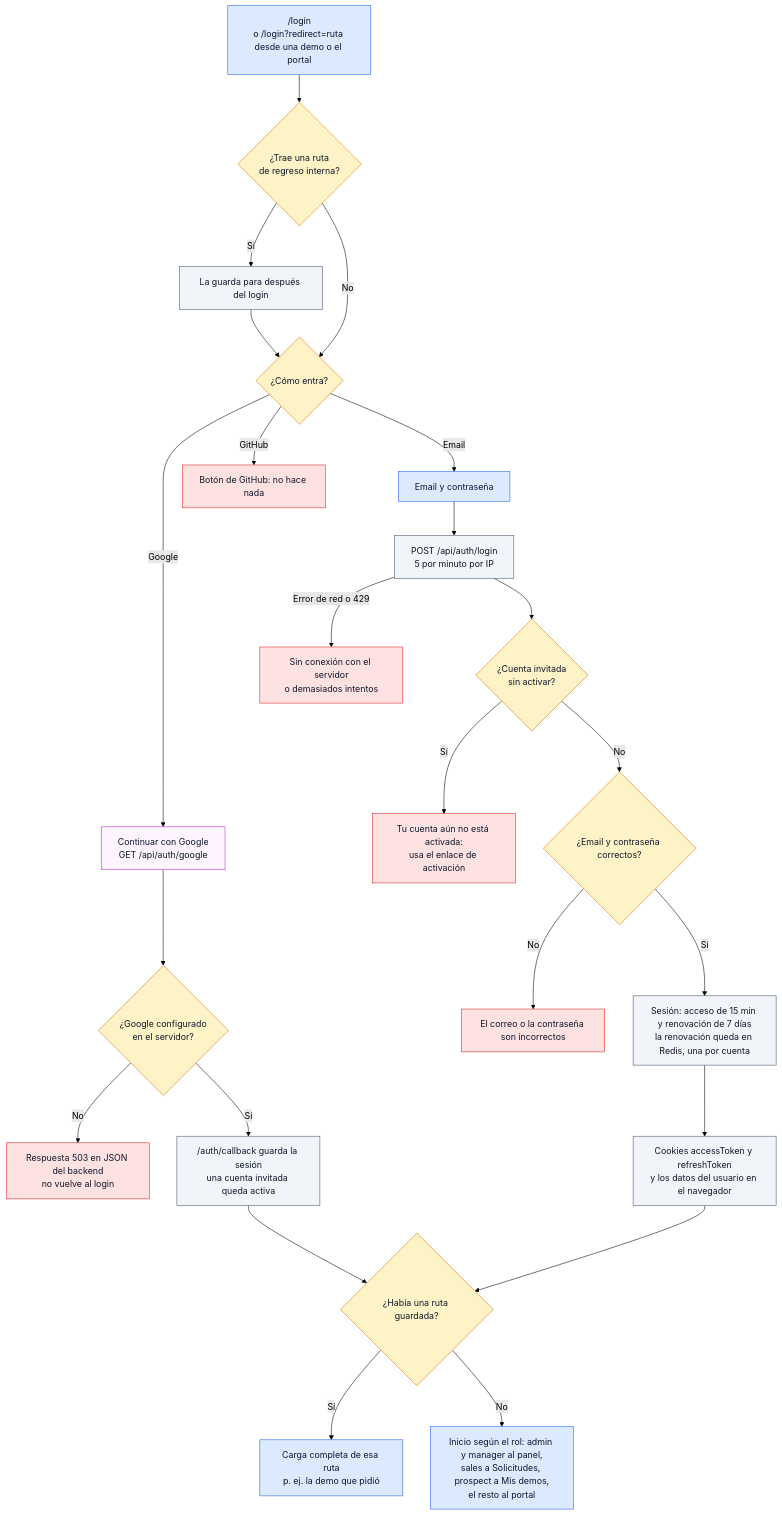
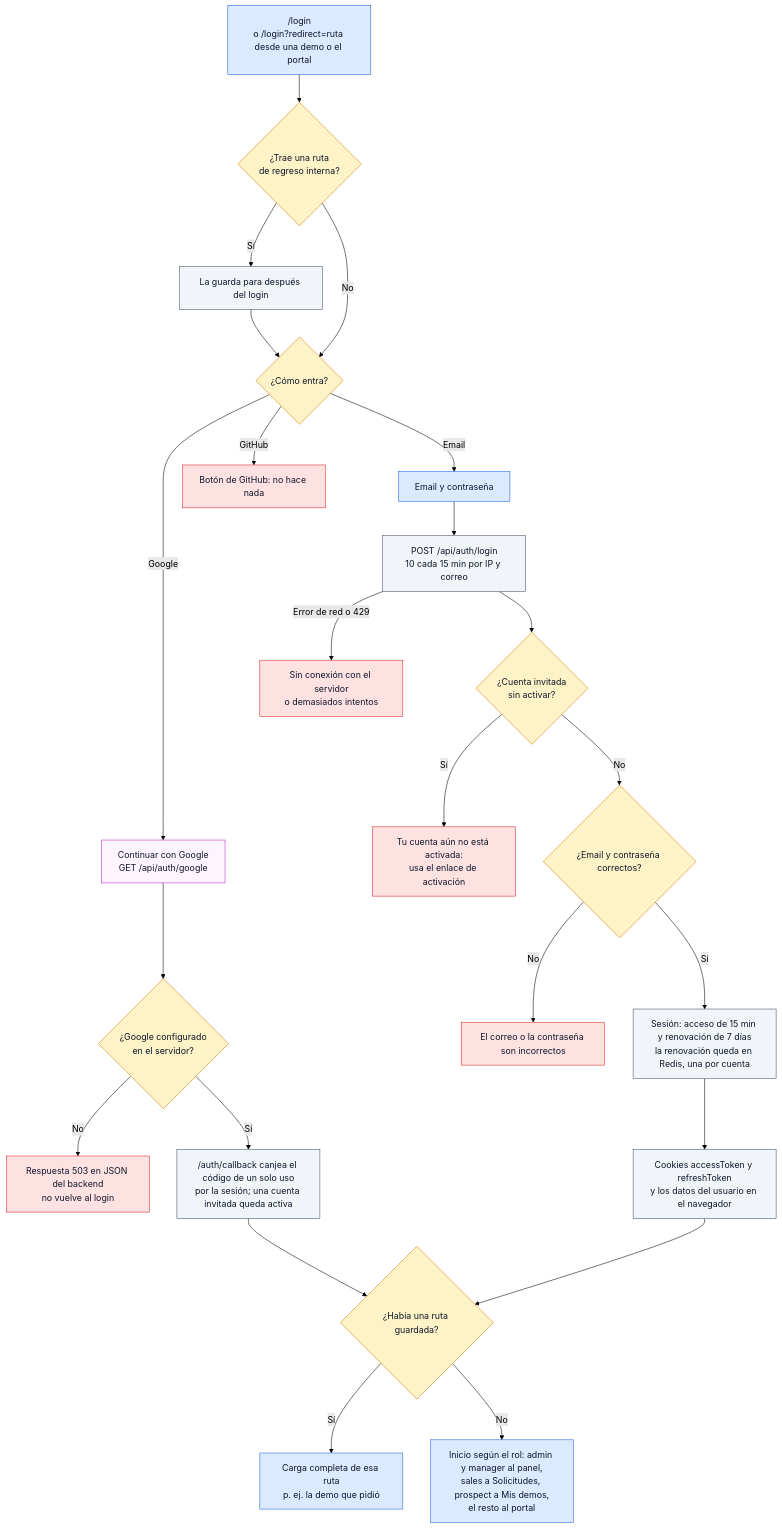
One commit to ronalc90/koptup changed the seventh of 18 diagrams in docs/wiki/Doc-14-1-Flujos-de-Negocio.md. Above: the diagram before and after it, drawn with Mermaid (forest theme). The commit also changed other lines of this file and 116 other files, not shown here.

````diff
--- a/docs/wiki/Doc-14-1-Flujos-de-Negocio.md
+++ b/docs/wiki/Doc-14-1-Flujos-de-Negocio.md
@@ -410,49 +410,49 @@
 ```mermaid
 flowchart TD
     classDef visitante fill:#dbeafe,stroke:#2563eb,color:#0f172a
     classDef sistema fill:#f1f5f9,stroke:#475569,color:#0f172a
     classDef admin fill:#f3e8ff,stroke:#9333ea,color:#0f172a
     classDef aviso fill:#dcfce7,stroke:#16a34a,color:#0f172a
     classDef decision fill:#fef3c7,stroke:#d97706,color:#0f172a
     classDef error fill:#fee2e2,stroke:#dc2626,color:#0f172a
     classDef externo fill:#fdf4ff,stroke:#c026d3,color:#0f172a
 
     L0["/login<br/>o /login?redirect=ruta desde una demo o el portal"]:::visitante
     Q0{"¿Trae una ruta<br/>de regreso interna?"}:::decision
     SV["La guarda para después del login"]:::sistema
     OPT{"¿Cómo entra?"}:::decision
     GG["Continuar con Google<br/>GET /api/auth/google"]:::externo
     QG{"¿Google configurado<br/>en el servidor?"}:::decision
     EG["Respuesta 503 en JSON del backend<br/>no vuelve al login"]:::error
-    CB["/auth/callback guarda la sesión<br/>una cuenta invitada queda activa"]:::sistema
+    CB["/auth/callback canjea el código de un solo uso<br/>por la sesión; una cuenta invitada queda activa"]:::sistema
     GH["Botón de GitHub: no hace nada"]:::error
     FM["Email y contraseña"]:::visitante
-    P["POST /api/auth/login<br/>5 por minuto por IP"]:::sistema
+    P["POST /api/auth/login<br/>10 cada 15 min por IP y correo"]:::sistema
     E3["Sin conexión con el servidor<br/>o demasiados intentos"]:::error
     Q1{"¿Cuenta invitada<br/>sin activar?"}:::decision
     E1["Tu cuenta aún no está activada:<br/>usa el enlace de activación"]:::error
     Q2{"¿Email y contraseña correctos?"}:::decision
     E2["El correo o la contraseña son incorrectos"]:::error
     S1["Sesión: acceso de 15 min y renovación de 7 días<br/>la renovación queda en Redis, una por cuenta"]:::sistema
     S2["Cookies accessToken y refreshToken<br/>y los datos del usuario en el navegador"]:::sistema
     Q3{"¿Había una ruta guardada?"}:::decision
     R1["Carga completa de esa ruta<br/>p. ej. la demo que pidió"]:::visitante
     R2["Inicio según el rol: admin y manager al panel,<br/>sales a Solicitudes, prospect a Mis demos,<br/>el resto al portal"]:::visitante
 
     L0 --> Q0
     Q0 -->|Sí| SV --> OPT
     Q0 -->|No| OPT
     OPT -->|Google| GG --> QG
     QG -->|No| EG
     QG -->|Sí| CB --> Q3
     OPT -->|GitHub| GH
     OPT -->|Email| FM --> P
     P -->|Error de red o 429| E3
     P --> Q1
     Q1 -->|Sí| E1
     Q1 -->|No| Q2
     Q2 -->|No| E2
     Q2 -->|Sí| S1 --> S2 --> Q3
     Q3 -->|Sí| R1
     Q3 -->|No| R2
 ```
````
